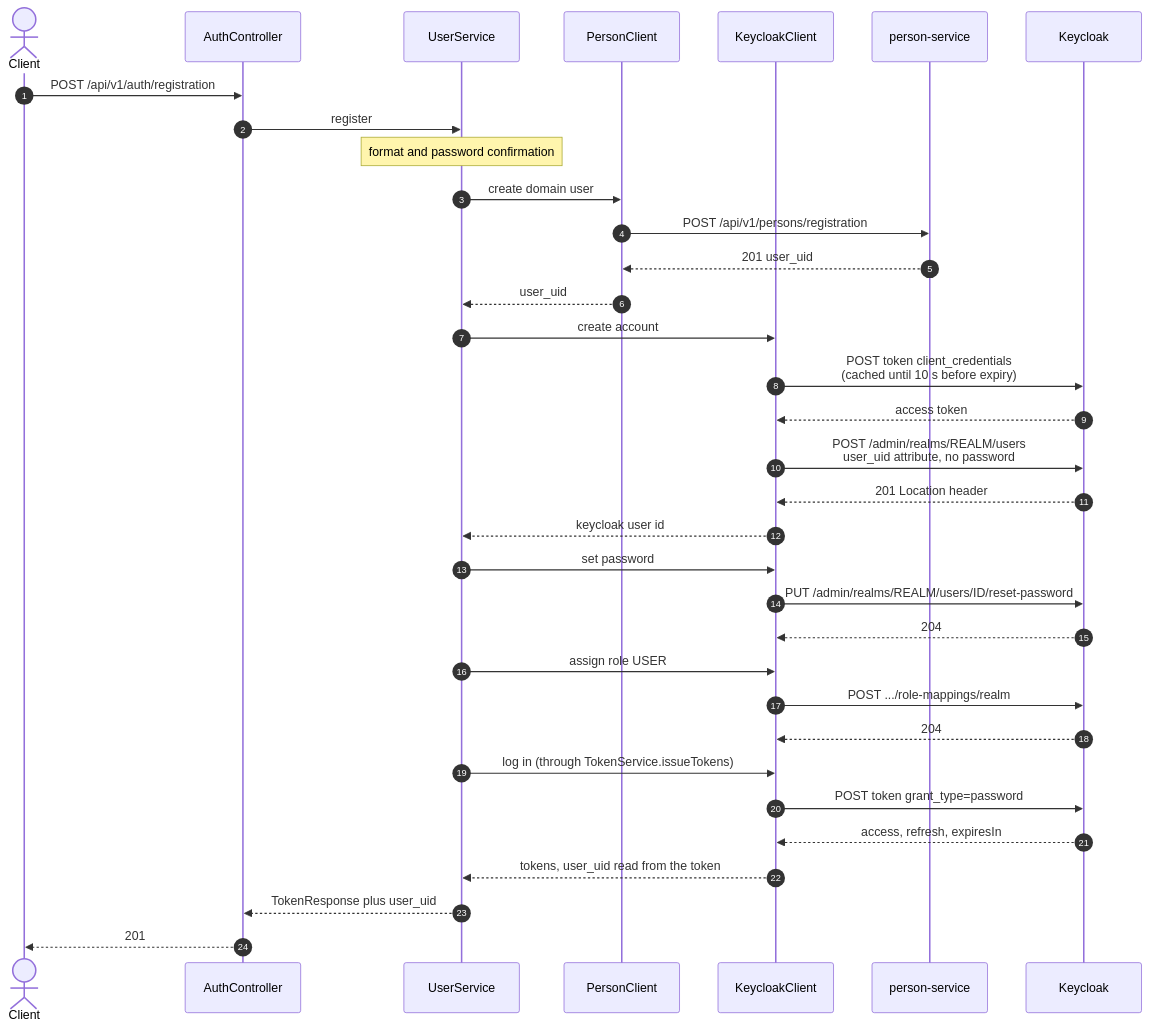
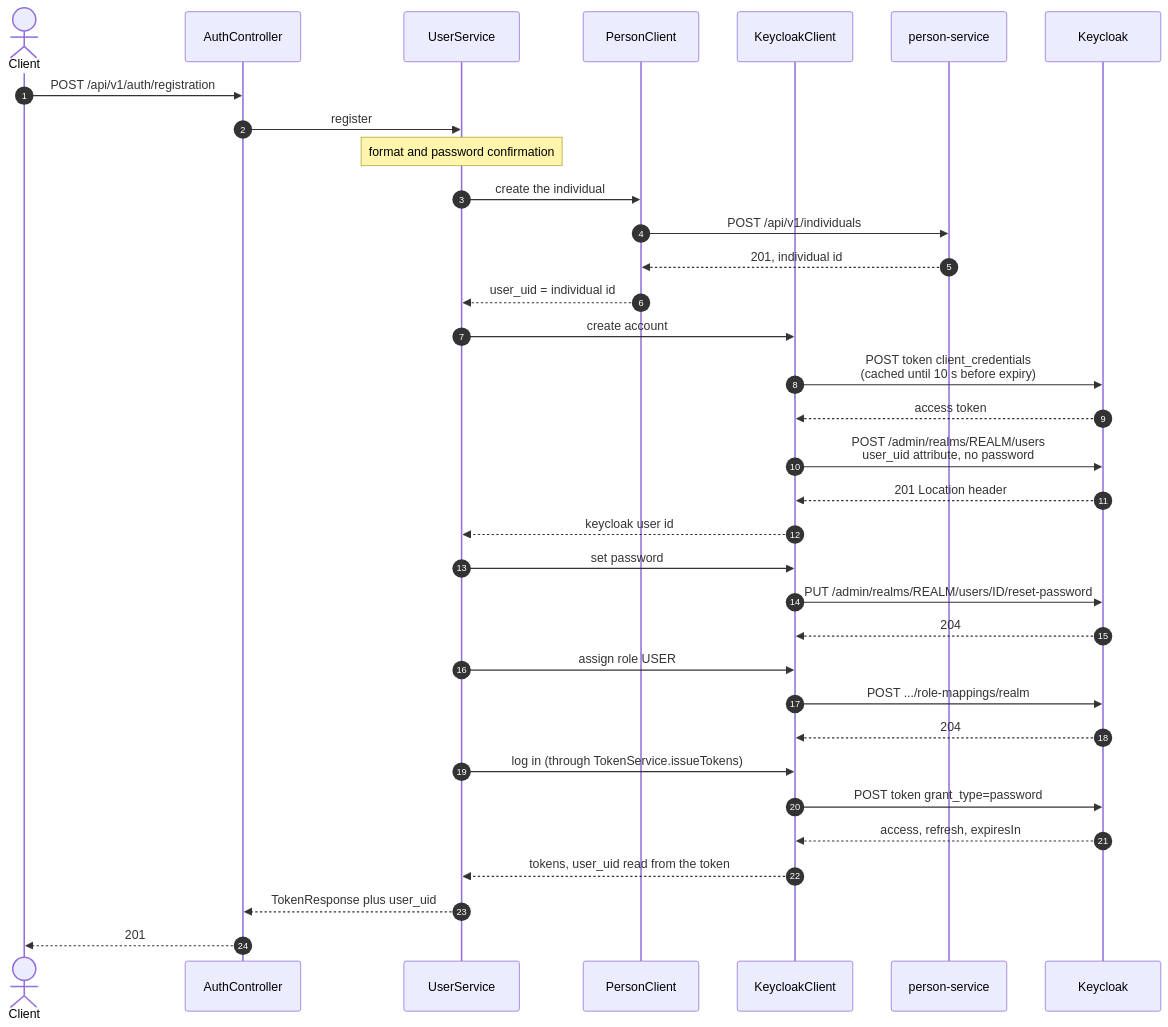
The first of 4 diagrams in CONTEXT.md (dezxxx/payment-platform), drawn with Mermaid before and after one commit. The commit also changed other lines of this file and 3 other files, not shown here.

First line of the commit message:
docs: describe registration around the individual and record contract evolution rules

````diff
--- a/CONTEXT.md
+++ b/CONTEXT.md
@@ -481,37 +487,37 @@
 ```mermaid
 sequenceDiagram
     autonumber
     actor Client
     participant Ctl as AuthController
     participant Svc as UserService
     participant PGw as PersonClient
     participant AGw as KeycloakClient
     participant Ps as person-service
     participant Kc as Keycloak
 
     Client->>Ctl: POST /api/v1/auth/registration
     Ctl->>Svc: register
     Note over Svc: format and password confirmation
-    Svc->>PGw: create domain user
-    PGw->>Ps: POST /api/v1/persons/registration
-    Ps-->>PGw: 201 user_uid
-    PGw-->>Svc: user_uid
+    Svc->>PGw: create the individual
+    PGw->>Ps: POST /api/v1/individuals
+    Ps-->>PGw: 201, individual id
+    PGw-->>Svc: user_uid = individual id
     Svc->>AGw: create account
     AGw->>Kc: POST token client_credentials<br/>(cached until 10 s before expiry)
     Kc-->>AGw: access token
     AGw->>Kc: POST /admin/realms/REALM/users<br/>user_uid attribute, no password
     Kc-->>AGw: 201 Location header
     AGw-->>Svc: keycloak user id
     Svc->>AGw: set password
     AGw->>Kc: PUT /admin/realms/REALM/users/ID/reset-password
     Kc-->>AGw: 204
     Svc->>AGw: assign role USER
     AGw->>Kc: POST .../role-mappings/realm
     Kc-->>AGw: 204
     Svc->>AGw: log in (through TokenService.issueTokens)
     AGw->>Kc: POST token grant_type=password
     Kc-->>AGw: access, refresh, expiresIn
     AGw-->>Svc: tokens, user_uid read from the token
     Svc-->>Ctl: TokenResponse plus user_uid
     Ctl-->>Client: 201
 ```
````
